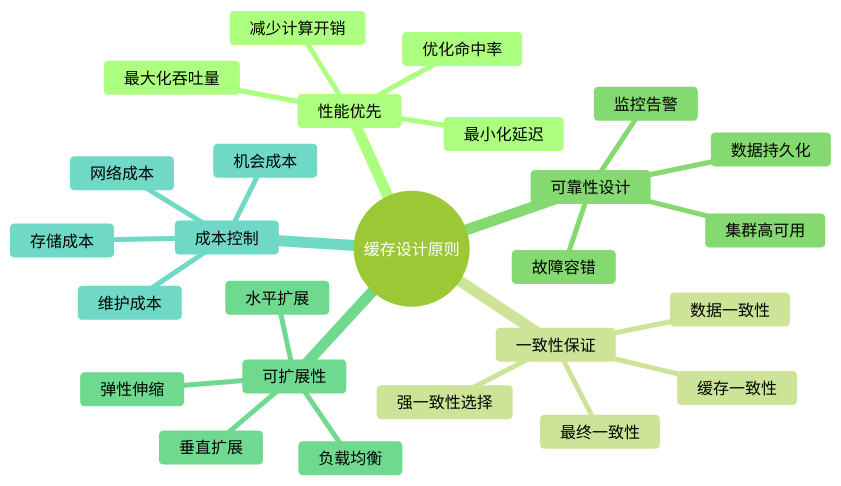
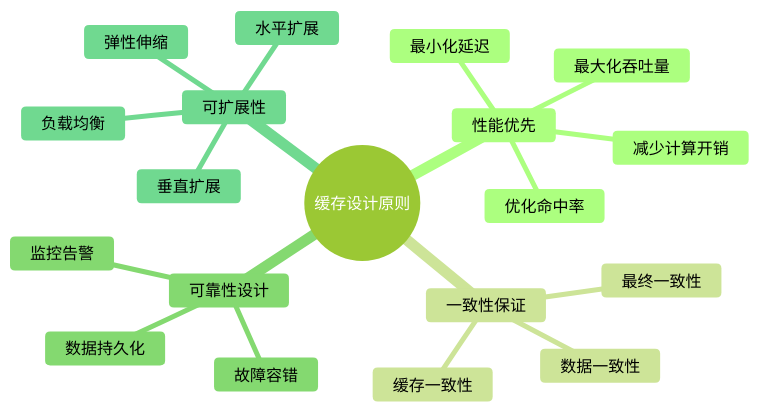
Before and after one commit to chongyang211/YCBookBlog: diagram 12 of 46 in 00.通用技术的提升/02.源码设计思想/03.缓存架构设计思想.md, drawn with Mermaid (forest theme). The commit also changed other lines of this file, not shown here.

Commit message:
4.1 缓存设计原则

````diff
--- a/00.通用技术的提升/02.源码设计思想/03.缓存架构设计思想.md
+++ b/00.通用技术的提升/02.源码设计思想/03.缓存架构设计思想.md
@@ -390,29 +391,22 @@
 ```mermaid
 mindmap
   root((缓存设计原则))
     性能优先
       最小化延迟
       最大化吞吐量
       优化命中率
       减少计算开销
     一致性保证
       数据一致性
       缓存一致性
       最终一致性
-      强一致性选择
     可靠性设计
       故障容错
       数据持久化
-      集群高可用
       监控告警
     可扩展性
       水平扩展
       垂直扩展
       弹性伸缩
       负载均衡
-    成本控制
-      存储成本
-      网络成本
-      维护成本
-      机会成本
 ```
````
